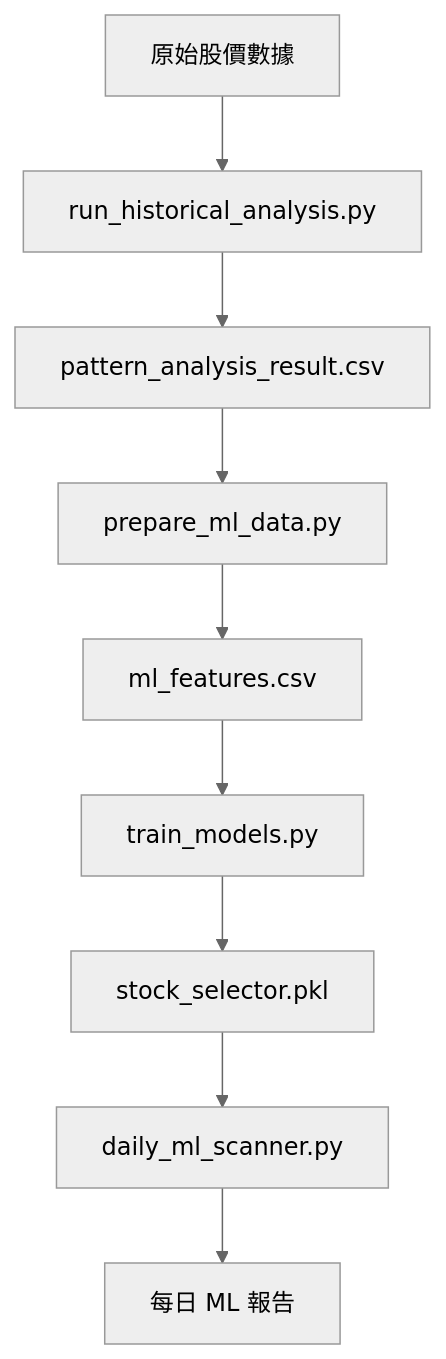
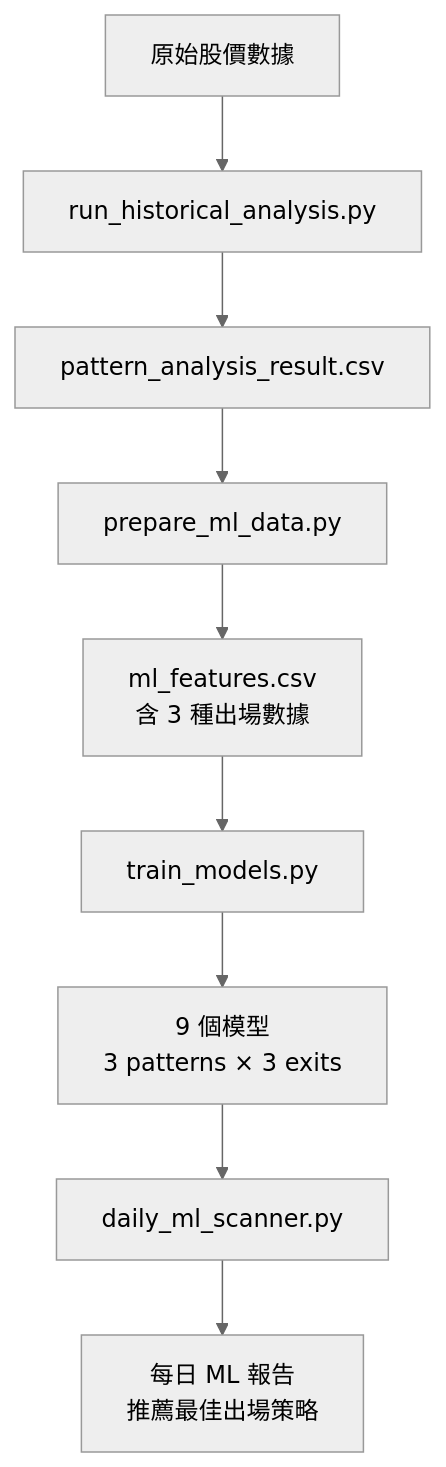
One commit to smpss92118/stock changed the diagram in docs/ml/system_logic.md. Above: the diagram before and after it, drawn with Mermaid (neutral theme). The commit also changed other lines of this file and 4 other files, not shown here.

````diff
--- a/docs/ml/system_logic.md
+++ b/docs/ml/system_logic.md
@@ -22,11 +22,11 @@
 ```mermaid
 graph TD
     A[原始股價數據] --> B[run_historical_analysis.py]
     B --> C[pattern_analysis_result.csv]
     C --> D[prepare_ml_data.py]
-    D --> E[ml_features.csv]
+    D --> E[ml_features.csv<br/>含 3 種出場數據]
     E --> F[train_models.py]
-    F --> G[stock_selector.pkl]
+    F --> G[9 個模型<br/>3 patterns × 3 exits]
     G --> H[daily_ml_scanner.py]
-    H --> I[每日 ML 報告]
+    H --> I[每日 ML 報告<br/>推薦最佳出場策略]
 ```
````
